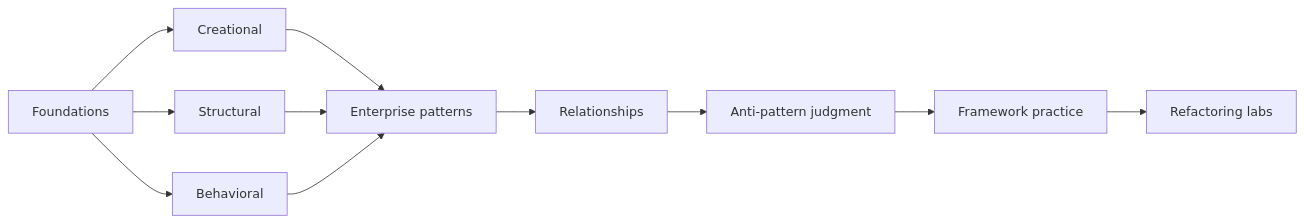
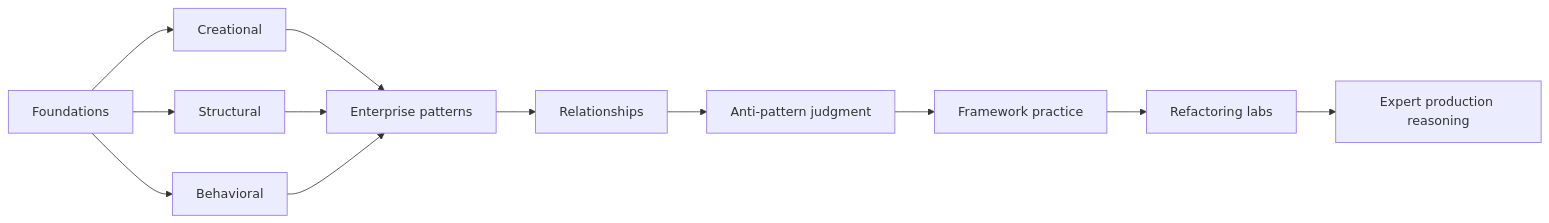
One commit to YosrBennagra/design-patterns changed the diagram in README.md. Above: the diagram before and after it, drawn with Mermaid. The commit also changed other lines of this file and 7 other files, not shown here.

First line of the commit message:
Add expert production reasoning for design patterns

````diff
--- a/README.md
+++ b/README.md
@@ -19,13 +20,14 @@
 ```mermaid
 flowchart LR
   F[Foundations] --> C[Creational]
   F --> S[Structural]
   F --> B[Behavioral]
   C --> E[Enterprise patterns]
   S --> E
   B --> E
   E --> R[Relationships]
   R --> A[Anti-pattern judgment]
   A --> J[Framework practice]
   J --> P[Refactoring labs]
+  P --> X[Expert production reasoning]
 ```
````
